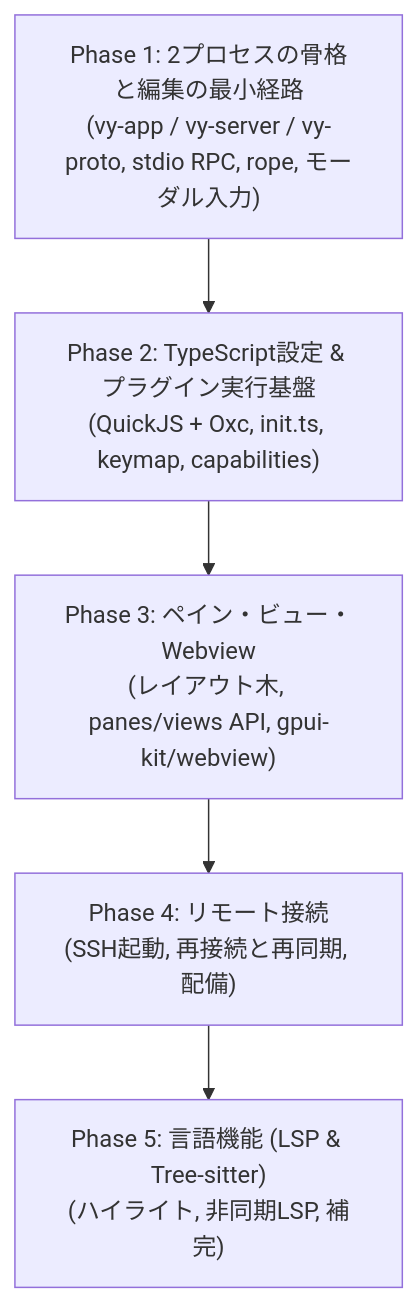
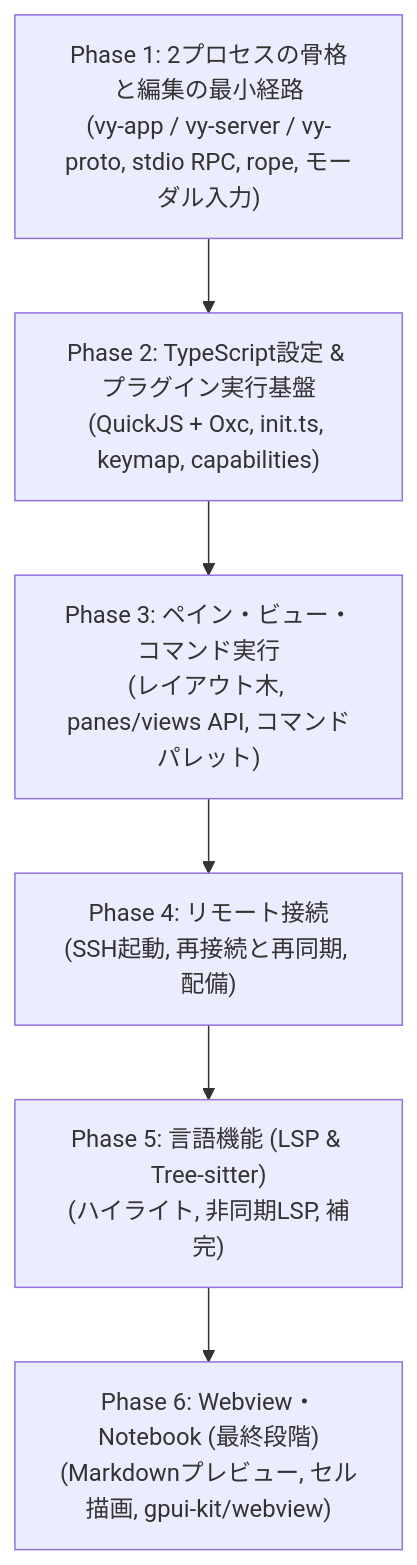
The diagram in docs/roadmap.md (nazo6/vy), drawn with Mermaid before and after one commit. The commit also changed other lines of this file and 3 other files, not shown here.

Commit message:
feat: update implementation phases and command execution details in roadmap and API documentation

````diff
--- a/docs/roadmap.md
+++ b/docs/roadmap.md
@@ -12,10 +12,11 @@
 ```mermaid
 flowchart TD
     P1["Phase 1: 2プロセスの骨格と編集の最小経路\n(vy-app / vy-server / vy-proto, stdio RPC, rope, モーダル入力)"]
     P2["Phase 2: TypeScript設定 & プラグイン実行基盤\n(QuickJS + Oxc, init.ts, keymap, capabilities)"]
-    P3["Phase 3: ペイン・ビュー・Webview\n(レイアウト木, panes/views API, gpui-kit/webview)"]
+    P3["Phase 3: ペイン・ビュー・コマンド実行\n(レイアウト木, panes/views API, コマンドパレット)"]
     P4["Phase 4: リモート接続\n(SSH起動, 再接続と再同期, 配備)"]
     P5["Phase 5: 言語機能 (LSP & Tree-sitter)\n(ハイライト, 非同期LSP, 補完)"]
+    P6["Phase 6: Webview・Notebook (最終段階)\n(Markdownプレビュー, セル描画, gpui-kit/webview)"]
 
-    P1 --> P2 --> P3 --> P4 --> P5
+    P1 --> P2 --> P3 --> P4 --> P5 --> P6
 ```
````
